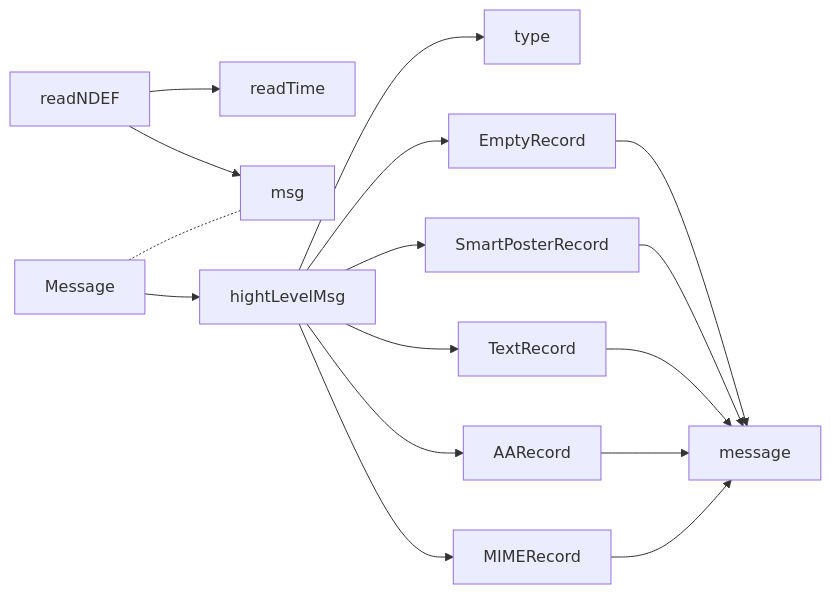
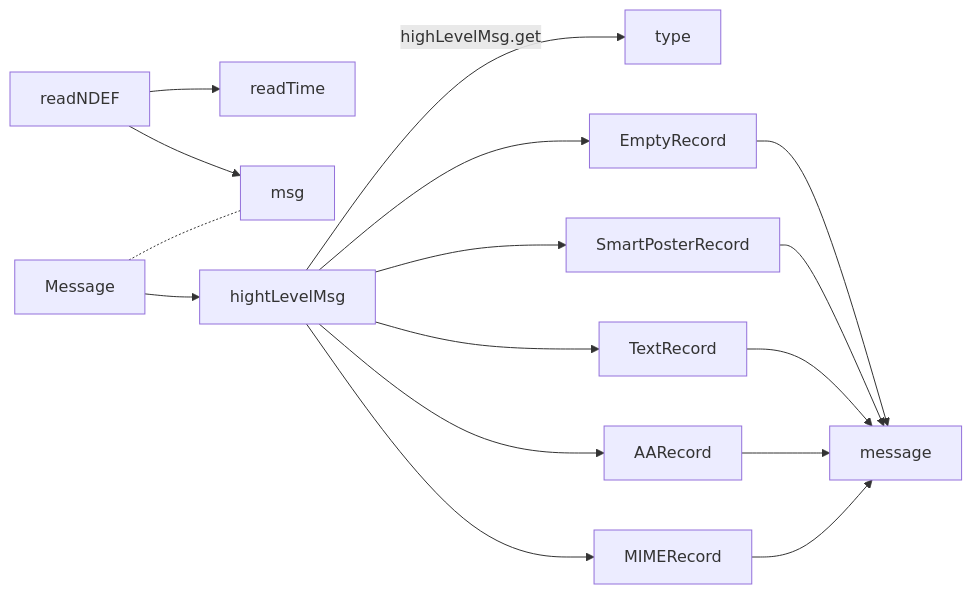
Before and after one commit to gordianknotC/nxp_note: the third of 4 diagrams in nxp/Demo.md, drawn with Mermaid. The commit also changed other lines of this file, not shown here.

````diff
--- a/nxp/Demo.md
+++ b/nxp/Demo.md
@@ -129,21 +129,21 @@
 ```mermaid
 graph LR
 msg
 
 readNDEF --> readTime
 readNDEF --> msg
 Message -.- msg
 Message --> hightLevelMsg
-hightLevelMsg --> type
+hightLevelMsg -->|highLevelMsg.get| type
 hightLevelMsg--> EmptyRecord
 hightLevelMsg--> SmartPosterRecord
 hightLevelMsg--> TextRecord
 hightLevelMsg--> AARecord
 hightLevelMsg--> MIMERecord
 
 EmptyRecord --> message
 SmartPosterRecord--> message
 TextRecord--> message
 AARecord--> message
 MIMERecord--> message
 ```
````
